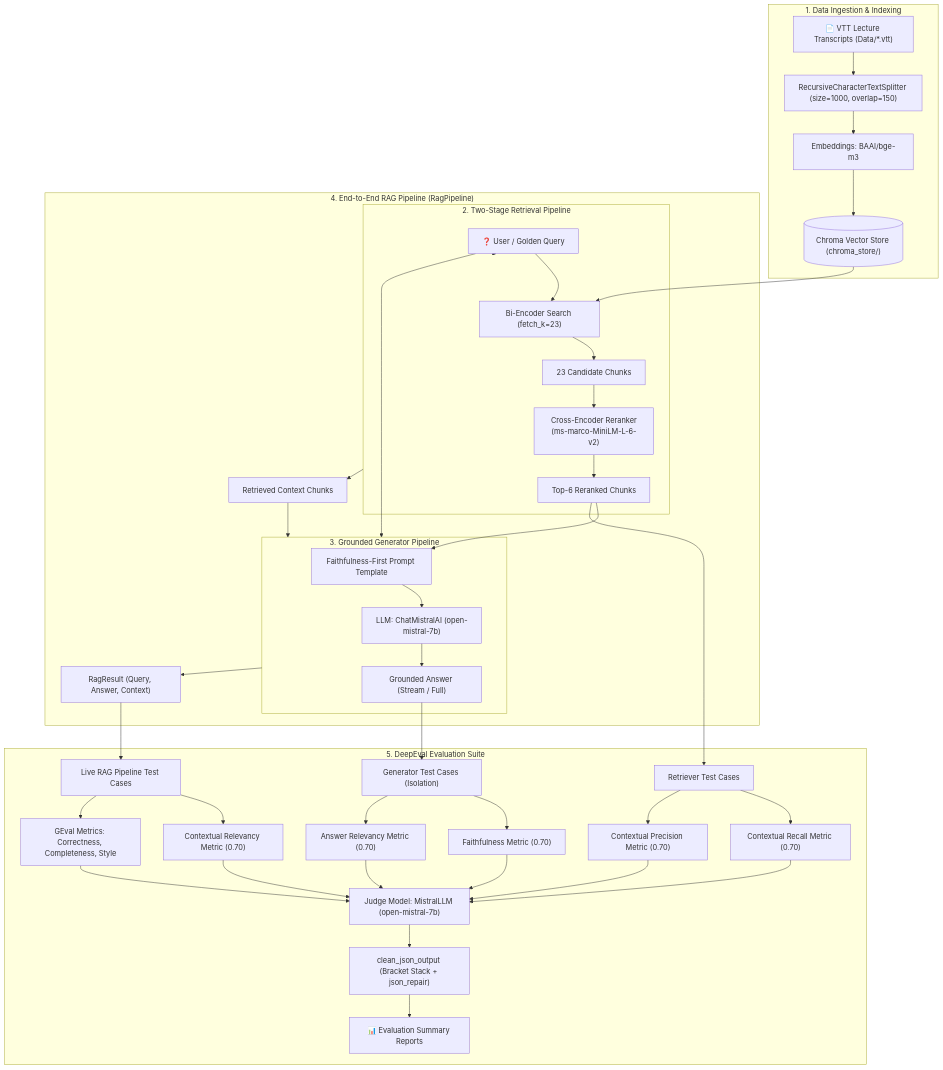
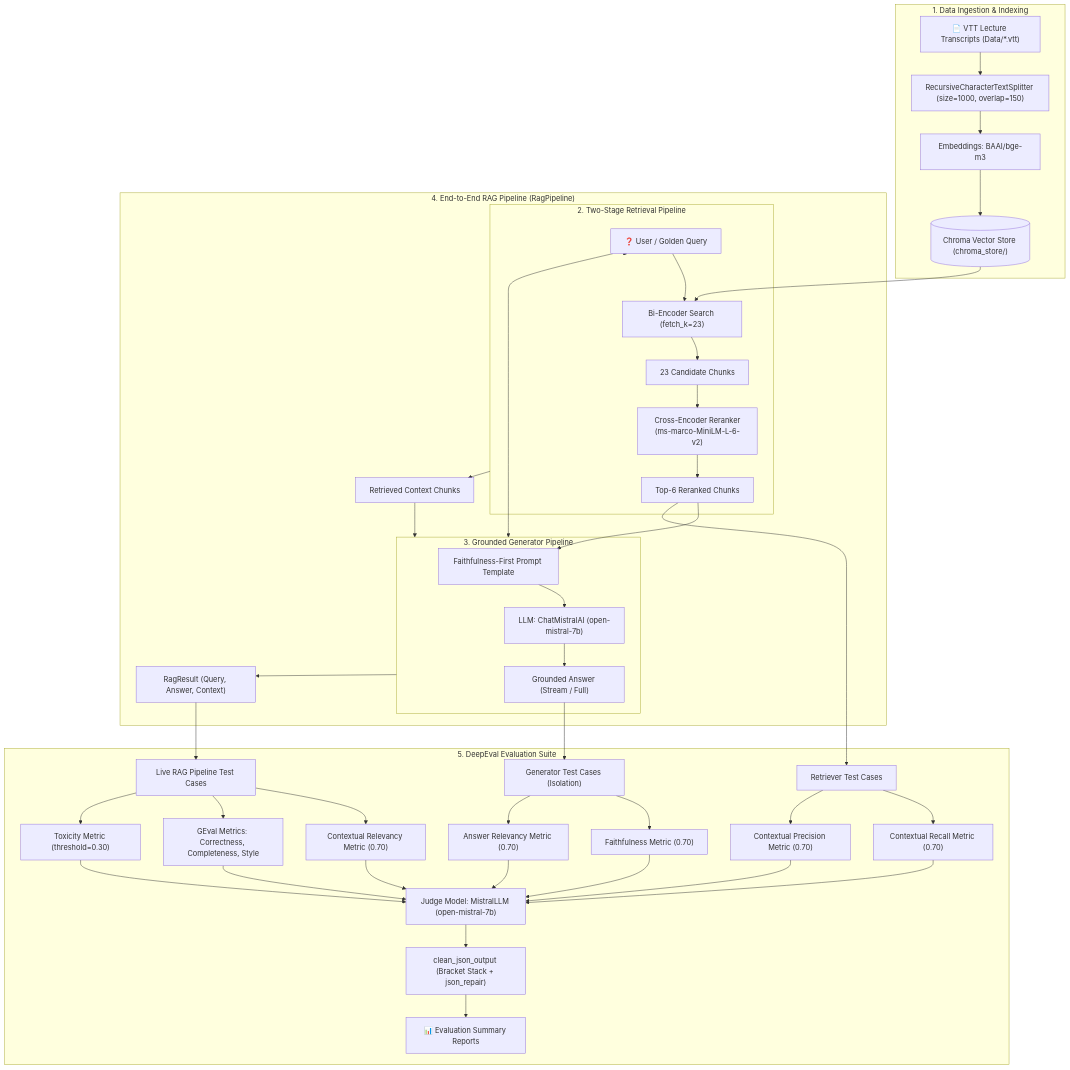
Before and after one commit to shlokbam/LLM-RAG-Evaluation: the diagram in README.md, drawn with Mermaid. The commit also changed other lines of this file and 7 other files, not shown here.

````diff
--- a/README.md
+++ b/README.md
@@ -18,47 +18,48 @@
 ```mermaid
 flowchart TD
     subgraph Ingestion ["1. Data Ingestion & Indexing"]
         VTT["📄 VTT Lecture Transcripts (Data/*.vtt)"] --> TextSplitter["RecursiveCharacterTextSplitter (size=1000, overlap=150)"]
         TextSplitter --> BGE["Embeddings: BAAI/bge-m3"]
         BGE --> ChromaDB[("Chroma Vector Store (chroma_store/)")]
     end
 
     subgraph TwoStageRetriever ["2. Two-Stage Retrieval Pipeline"]
         Query["❓ User / Golden Query"] --> BiEncoder["Bi-Encoder Search (fetch_k=23)"]
         ChromaDB --> BiEncoder
         BiEncoder --> Candidates["23 Candidate Chunks"]
         Candidates --> CrossEncoder["Cross-Encoder Reranker\n(ms-marco-MiniLM-L-6-v2)"]
         CrossEncoder --> TopK["Top-6 Reranked Chunks"]
     end
 
     subgraph GeneratorComponent ["3. Grounded Generator Pipeline"]
         TopK --> GenPrompt["Faithfulness-First Prompt Template"]
         GenPrompt --> MistralGen["LLM: ChatMistralAI (open-mistral-7b)"]
         MistralGen --> Answer["Grounded Answer (Stream / Full)"]
     end
 
     subgraph RagOrchestrator ["4. End-to-End RAG Pipeline (RagPipeline)"]
         Query --> TwoStageRetriever
         TwoStageRetriever --> Context["Retrieved Context Chunks"]
         Context & Query --> GeneratorComponent
         GeneratorComponent --> FinalOutput["RagResult (Query, Answer, Context)"]
     end
 
     subgraph DeepEvalHarness ["5. DeepEval Evaluation Suite"]
         TopK --> RetCases["Retriever Test Cases"]
         RetCases --> Recall["Contextual Recall Metric (0.70)"]
         RetCases --> Precision["Contextual Precision Metric (0.70)"]
 
         Answer --> GenCases["Generator Test Cases (Isolation)"]
         GenCases --> Faithfulness["Faithfulness Metric (0.70)"]
         GenCases --> Relevancy["Answer Relevancy Metric (0.70)"]
 
         FinalOutput --> PipelineCases["Live RAG Pipeline Test Cases"]
         PipelineCases --> CtxRelevancy["Contextual Relevancy Metric (0.70)"]
         PipelineCases --> GEvalApp["GEval Metrics: Correctness, Completeness, Style"]
+        PipelineCases --> Toxicity["Toxicity Metric (threshold=0.30)"]
 
-        Recall & Precision & Faithfulness & Relevancy & CtxRelevancy & GEvalApp --> MistralJudge["Judge Model: MistralLLM (open-mistral-7b)"]
+        Recall & Precision & Faithfulness & Relevancy & CtxRelevancy & GEvalApp & Toxicity --> MistralJudge["Judge Model: MistralLLM (open-mistral-7b)"]
         MistralJudge --> JSONRepair["clean_json_output (Bracket Stack + json_repair)"]
         JSONRepair --> Report["📊 Evaluation Summary Reports"]
     end
 ```
````
